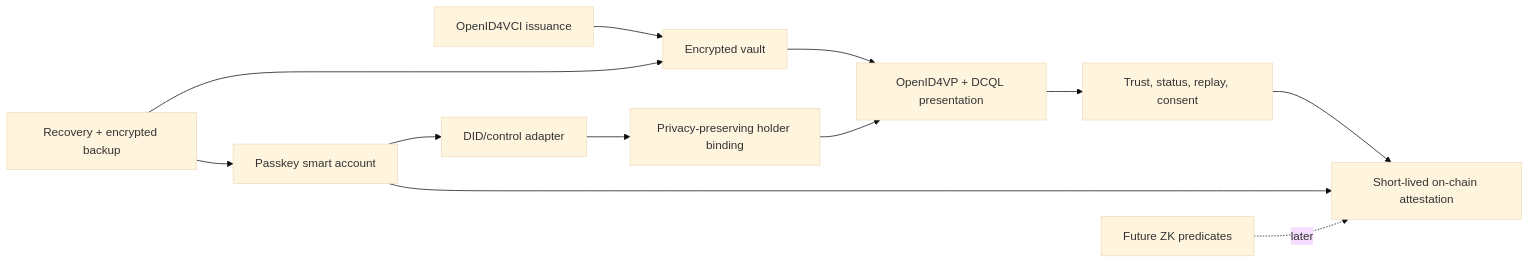
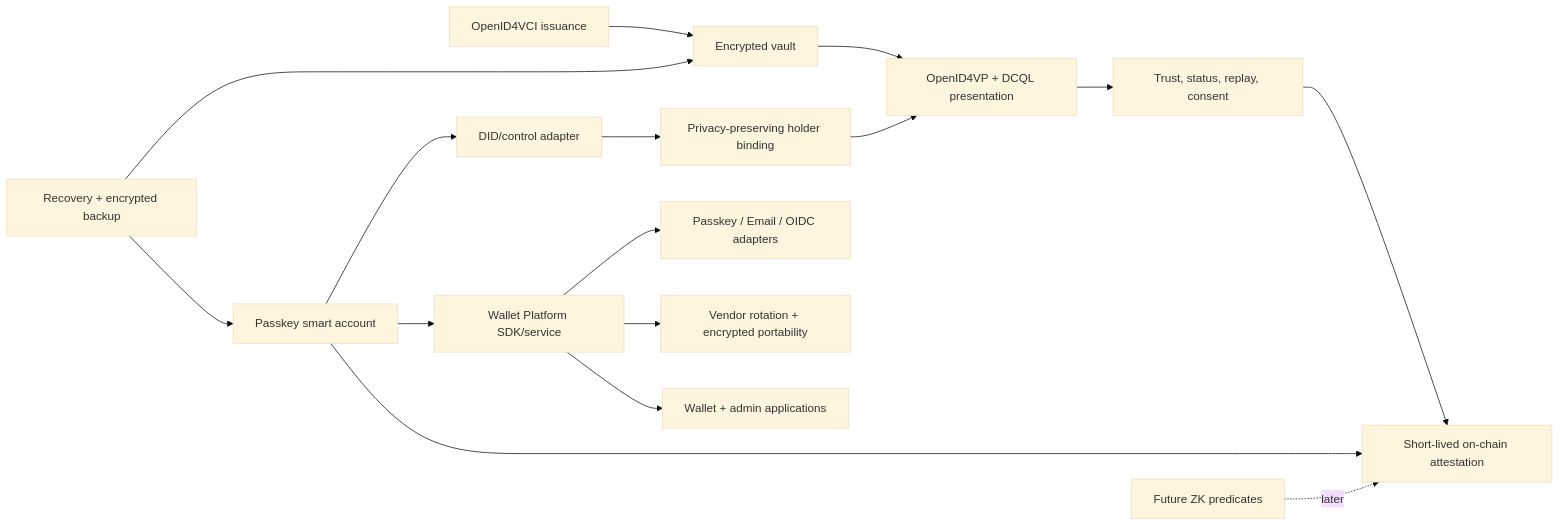
Before and after one commit to gordo-labs/universal-smart-wallet: the diagram in working/maps/FEATURE-RELATIONS.md, drawn with Mermaid (base theme). The commit also changed 13 other files, not shown here.

Commit message:
docs: complete wallet platform architecture task

````diff
--- a/working/maps/FEATURE-RELATIONS.md
+++ b/working/maps/FEATURE-RELATIONS.md
@@ -3,14 +3,18 @@
 ```mermaid
 flowchart LR
   I[OpenID4VCI issuance] --> V[Encrypted vault]
   V --> P[OpenID4VP + DCQL presentation]
   P --> T[Trust, status, replay, consent]
   A[Passkey smart account] --> D[DID/control adapter]
   D --> H[Privacy-preserving holder binding]
   H --> P
   T --> O[Short-lived on-chain attestation]
   A --> O
   R[Recovery + encrypted backup] --> V
   R --> A
   Z[Future ZK predicates] -. later .-> O
+  A --> WP[Wallet Platform SDK/service]
+  WP --> AUTH[Passkey / Email / OIDC adapters]
+  WP --> PORT[Vendor rotation + encrypted portability]
+  WP --> ADMIN[Wallet + admin applications]
 ```
````
